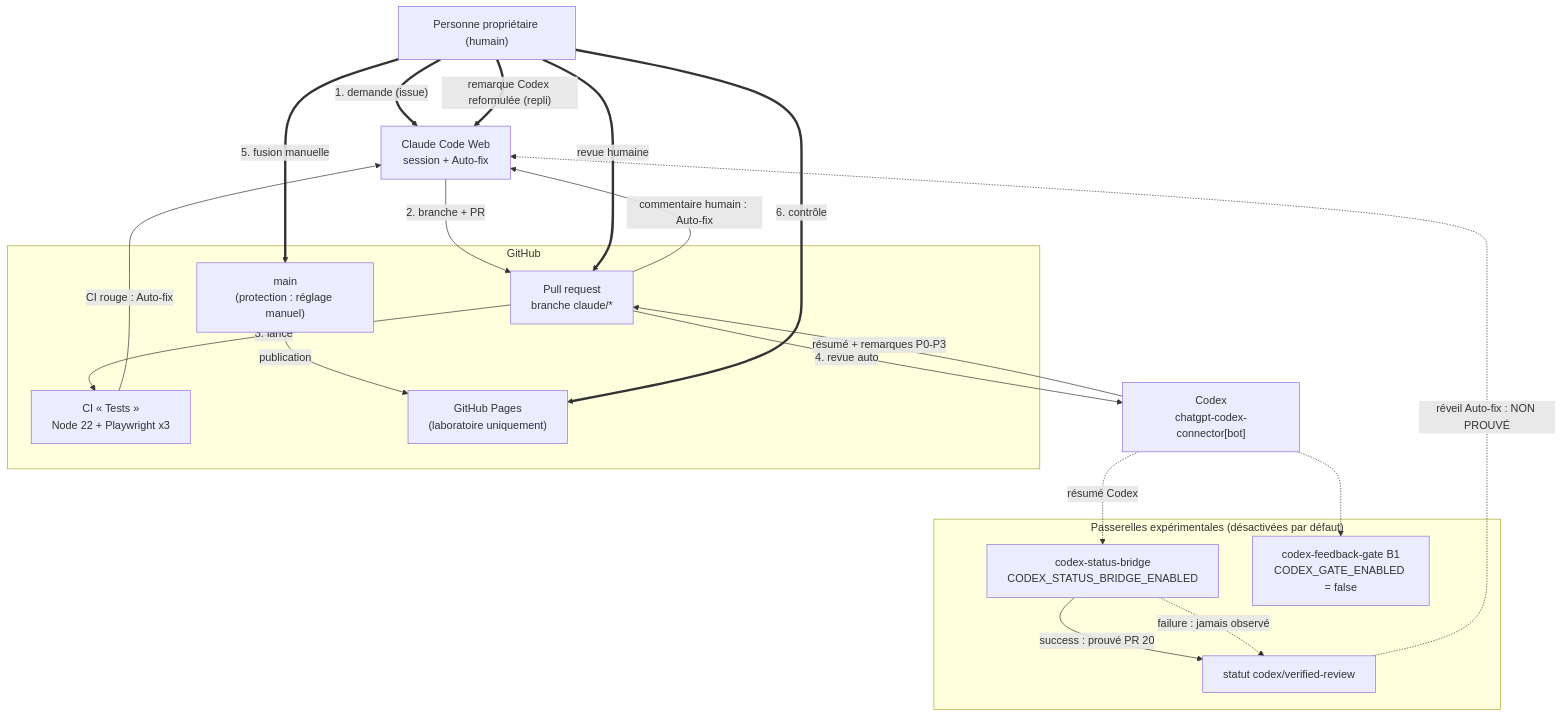
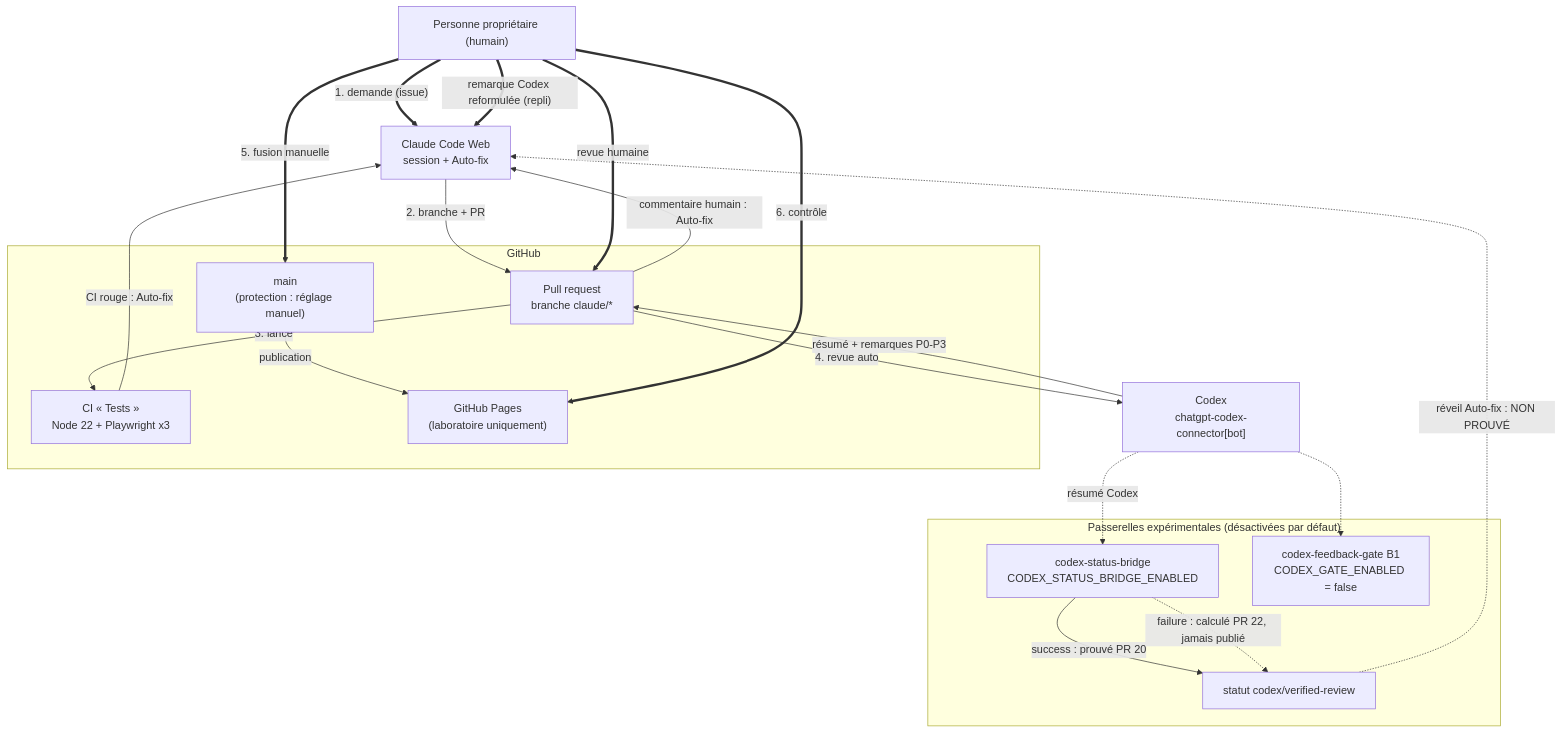
One commit to Anand-Helora/TestDoubleIA changed the diagram in docs/architecture-multi-ia.md. Above: the diagram before and after it, drawn with Mermaid. The commit also changed other lines of this file, not shown here.

First line of the commit message:
Consigne le verdict failure calculé sur un vrai finding Codex (PR #22, passerelle désactivée) (#21)

````diff
--- a/docs/architecture-multi-ia.md
+++ b/docs/architecture-multi-ia.md
@@ -31,37 +31,37 @@
 ```mermaid
 flowchart TD
     H["Personne propriétaire (humain)"]
     C["Claude Code Web<br/>session + Auto-fix"]
     X["Codex<br/>chatgpt-codex-connector[bot]"]
 
     subgraph GH["GitHub"]
         PR["Pull request<br/>branche claude/*"]
         CI["CI « Tests »<br/>Node 22 + Playwright x3"]
         MAIN["main<br/>(protection : réglage manuel)"]
         PAGES["GitHub Pages<br/>(laboratoire uniquement)"]
     end
 
     subgraph EXP["Passerelles expérimentales (désactivées par défaut)"]
         BR["codex-status-bridge<br/>CODEX_STATUS_BRIDGE_ENABLED"]
         ST["statut codex/verified-review"]
         GATE["codex-feedback-gate B1<br/>CODEX_GATE_ENABLED = false"]
     end
 
     H ==>|"1. demande (issue)"| C
     C -->|"2. branche + PR"| PR
     PR -->|"3. lance"| CI
     PR -->|"4. revue auto"| X
     X -->|"résumé + remarques P0-P3"| PR
     CI -->|"CI rouge : Auto-fix"| C
     H ==>|"revue humaine"| PR
     PR -->|"commentaire humain : Auto-fix"| C
     H ==>|"remarque Codex reformulée (repli)"| C
     X -.->|"résumé Codex"| BR
     X -.-> GATE
     BR -->|"success : prouvé PR 20"| ST
-    BR -.->|"failure : jamais observé"| ST
+    BR -.->|"failure : calculé PR 22, jamais publié"| ST
     ST -.->|"réveil Auto-fix : NON PROUVÉ"| C
     H ==>|"5. fusion manuelle"| MAIN
     MAIN -->|"publication"| PAGES
     H ==>|"6. contrôle"| PAGES
 ```
````
